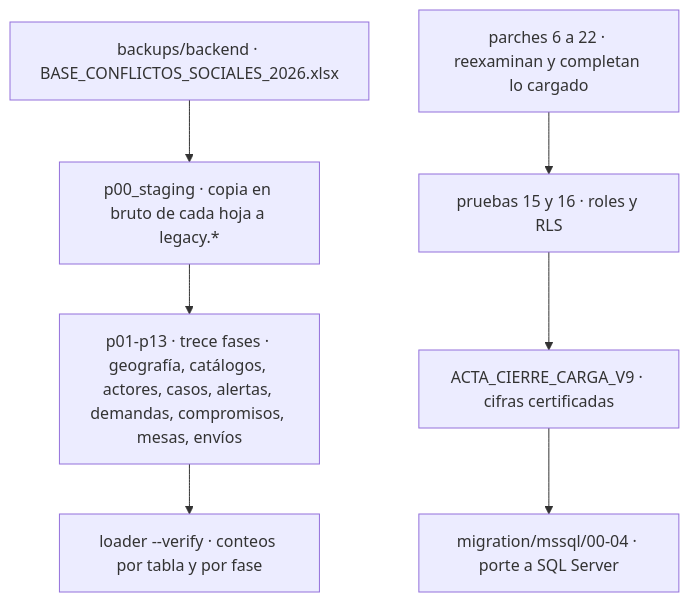
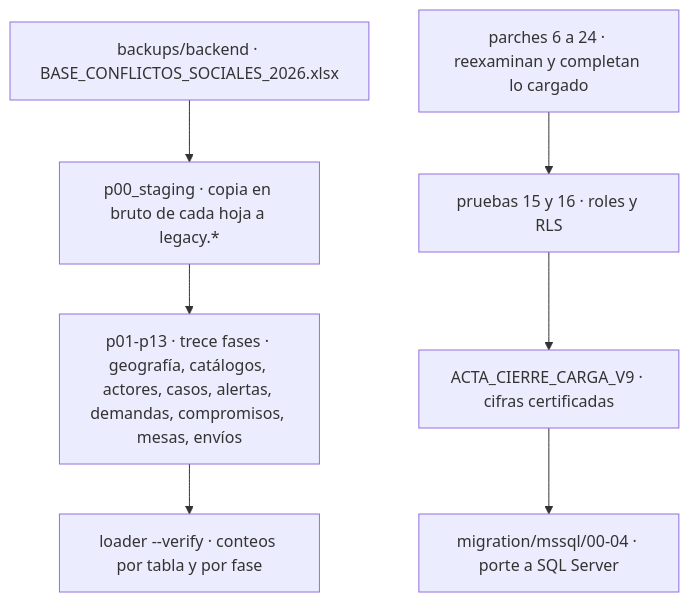
The second of 2 diagrams in docs/README.md (diegopaucarv/avisa), drawn with Mermaid before and after one commit. The commit also changed other lines of this file and 190 other files, not shown here.

````diff
--- a/docs/README.md
+++ b/docs/README.md
@@ -510,10 +563,10 @@
 ```mermaid
 flowchart TD
     X["backups/backend · BASE_CONFLICTOS_SOCIALES_2026.xlsx"] --> S["p00_staging · copia en bruto de cada hoja a legacy.*"]
     S --> P["p01-p13 · trece fases · geografía, catálogos, actores, casos, alertas, demandas, compromisos, mesas, envíos"]
     P --> V["loader --verify · conteos por tabla y por fase"]
-    Q["parches 6 a 22 · reexaminan y completan lo cargado"]
+    Q["parches 6 a 24 · reexaminan y completan lo cargado"]
     Q --> Z["pruebas 15 y 16 · roles y RLS"]
     Z --> AC["ACTA_CIERRE_CARGA_V9 · cifras certificadas"]
     AC --> M["migration/mssql/00-04 · porte a SQL Server"]
 ```
````
